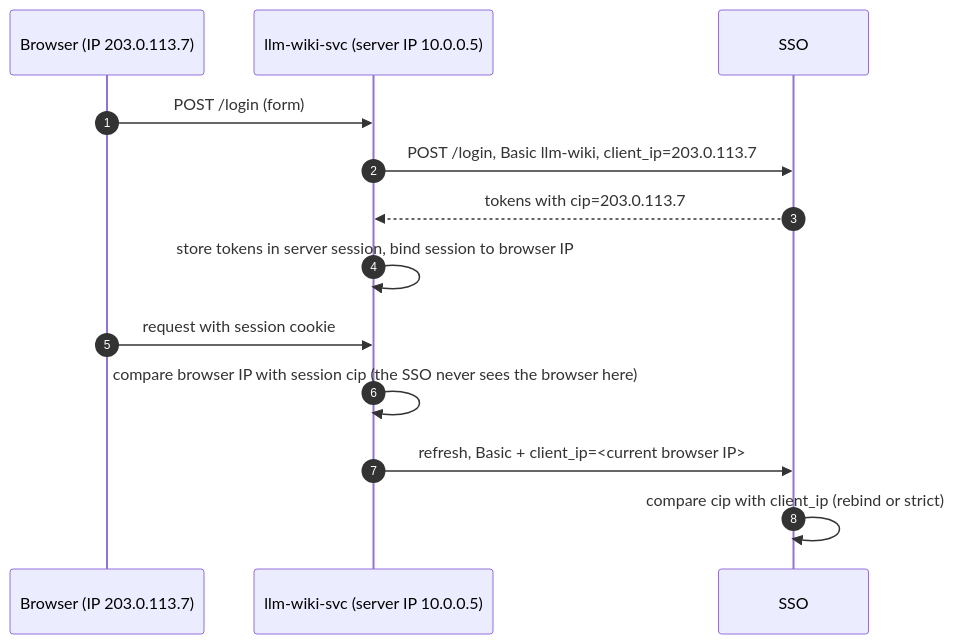
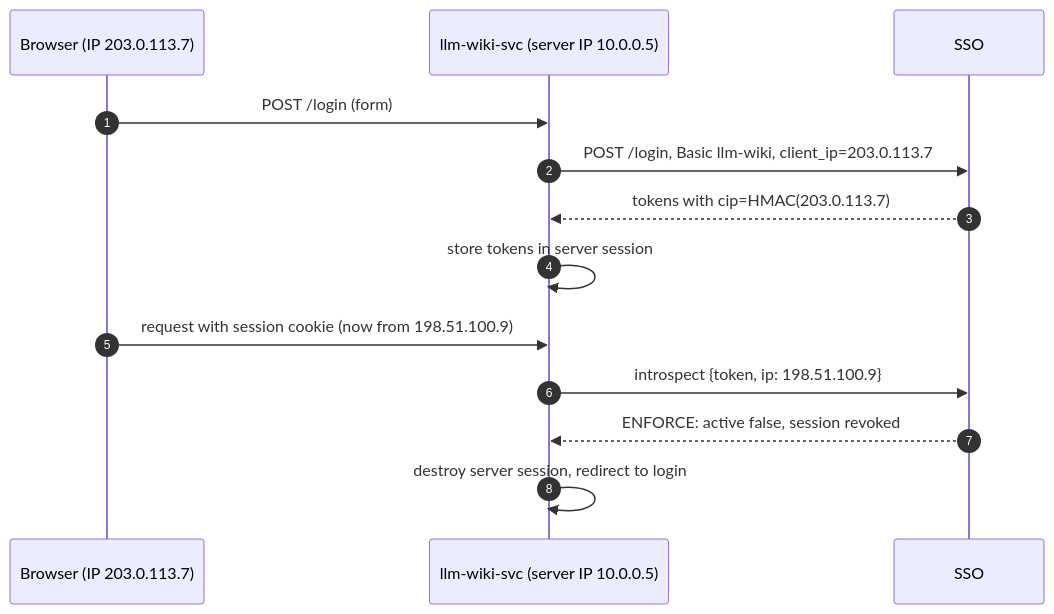
One commit to Neural-Matrix-LLC/SSO-server changed the sixth of 10 diagrams in docs/DESIGN-v1.2-requirements.md. Above: the diagram before and after it, drawn with Mermaid. The commit also changed other lines of this file and 4 other files, not shown here.

````diff
--- a/docs/DESIGN-v1.2-requirements.md
+++ b/docs/DESIGN-v1.2-requirements.md
@@ -206,15 +235,15 @@
 ```mermaid
 sequenceDiagram
   autonumber
   participant B as Browser (IP 203.0.113.7)
   participant W as llm-wiki-svc (server IP 10.0.0.5)
   participant S as SSO
   B->>W: POST /login (form)
   W->>S: POST /login, Basic llm-wiki, client_ip=203.0.113.7
-  S-->>W: tokens with cip=203.0.113.7
-  W->>W: store tokens in server session, bind session to browser IP
-  B->>W: request with session cookie
-  W->>W: compare browser IP with session cip (the SSO never sees the browser here)
-  W->>S: refresh, Basic + client_ip=<current browser IP>
-  S->>S: compare cip with client_ip (rebind or strict)
+  S-->>W: tokens with cip=HMAC(203.0.113.7)
+  W->>W: store tokens in server session
+  B->>W: request with session cookie (now from 198.51.100.9)
+  W->>S: introspect {token, ip: 198.51.100.9}
+  S-->>W: ENFORCE: active false, session revoked
+  W->>W: destroy server session, redirect to login
 ```
````
